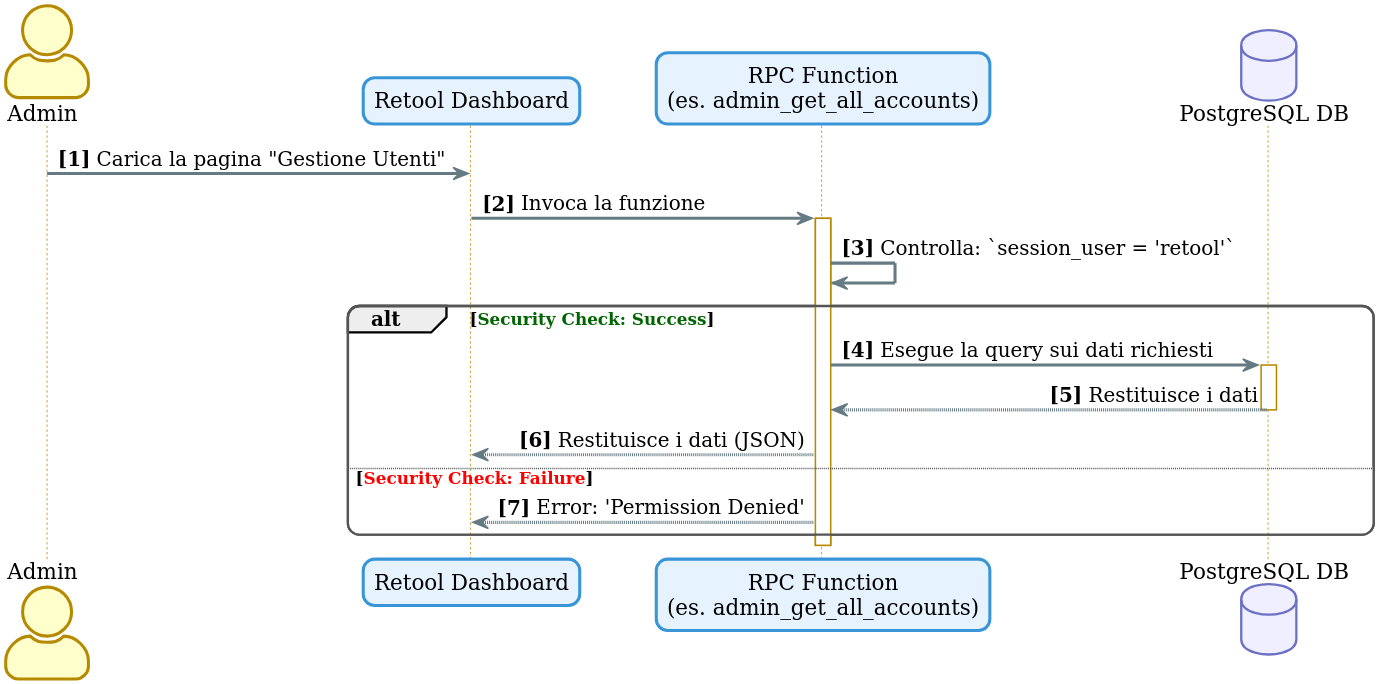
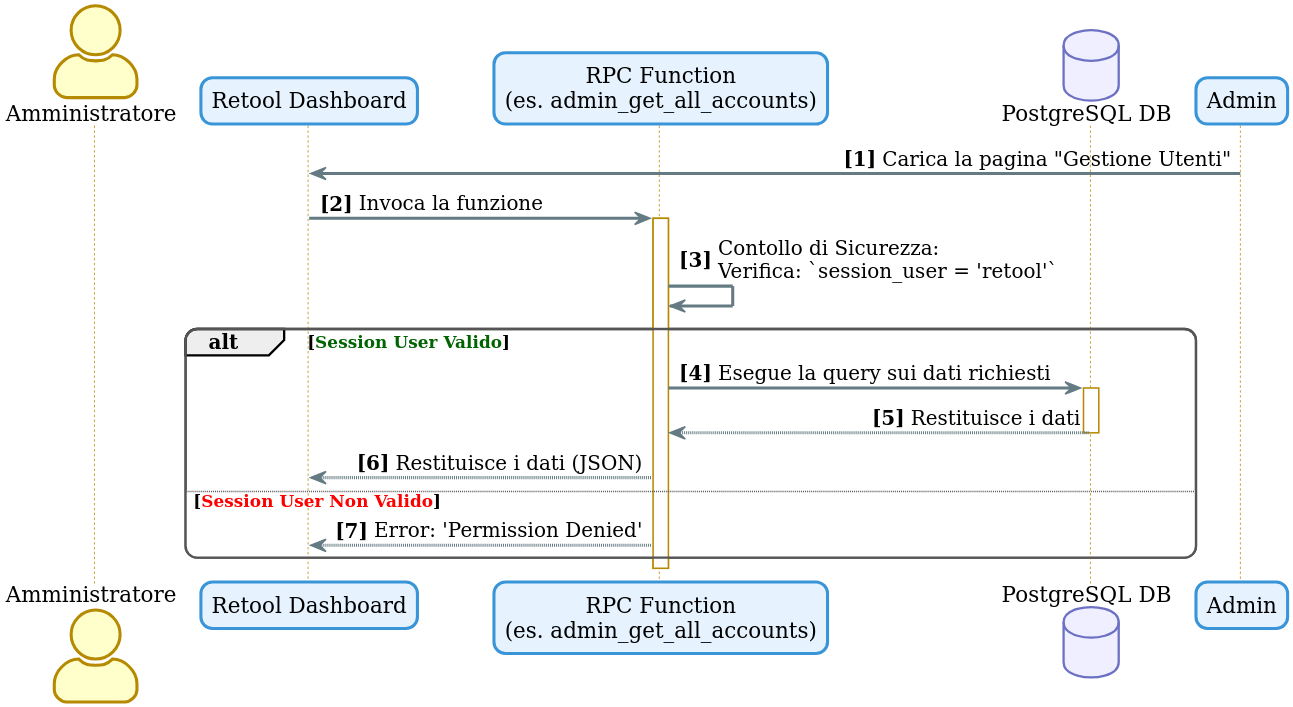
Before and after one commit to TMoretta/Swift-Contest: the diagram in thesis/diagrams/src/retool-rpc-call.puml, drawn with PlantUML. The commit also changed 61 other files, not shown here.

```diff
--- a/thesis/diagrams/src/retool-rpc-call.puml
+++ b/thesis/diagrams/src/retool-rpc-call.puml
@@ -1,49 +1,49 @@
 @startuml
 
 !theme sunlust
 skinparam dpi 300
 skinparam backgroundColor transparent
 skinparam actorStyle awesome
 skinparam shadowing false
 
 autonumber "<b>[0]"
 
 skinparam package {
     backgroundColor #FFFFFF
     borderColor #555555
 }
 skinparam participant {
   backgroundColor #E6F3FF
   borderColor #3995D7
 }
 
 ' =======================================
 ' Definizione dei Partecipanti
 ' =======================================
-actor Admin
+actor Amministratore
 participant "Retool Dashboard" as Retool
 participant "RPC Function\n(es. admin_get_all_accounts)" as RPC
 database "PostgreSQL DB" as DB
 
 ' =======================================
 ' Flusso della Chiamata Sicura
 ' =======================================
 Admin -> Retool : Carica la pagina "Gestione Utenti"
 
 Retool -> RPC : Invoca la funzione
 activate RPC
-RPC -> RPC : Controlla: `session_user = 'retool'`
+RPC -> RPC : Contollo di Sicurezza:\nVerifica: `session_user = 'retool'`
 
-alt <color:#006400>Security Check: Success</color>
+alt <color:#006400>Session User Valido</color>
     RPC -> DB : Esegue la query sui dati richiesti
     activate DB
     DB --> RPC : Restituisce i dati
     deactivate DB
     RPC --> Retool : Restituisce i dati (JSON)
-else <color:red>Security Check: Failure</color>
+else <color:red>Session User Non Valido</color>
     RPC --> Retool : Error: 'Permission Denied'
 end
 
 deactivate RPC
 
 @enduml
```
